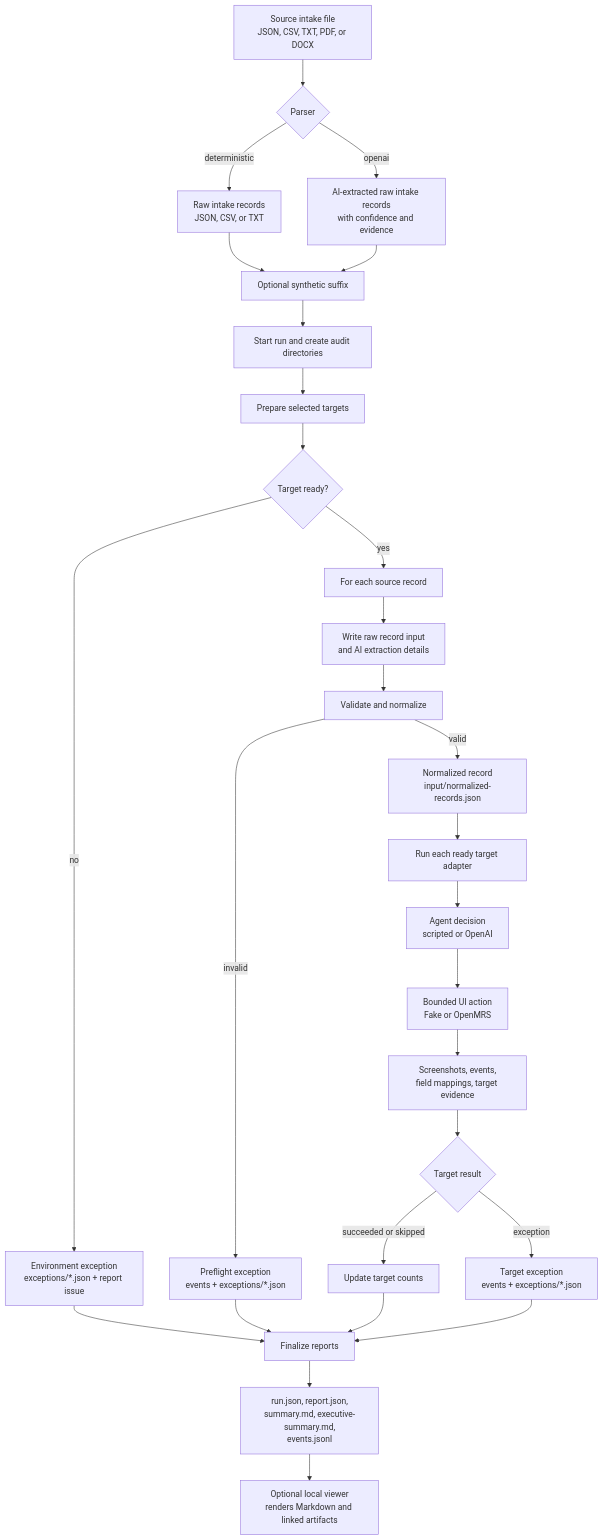
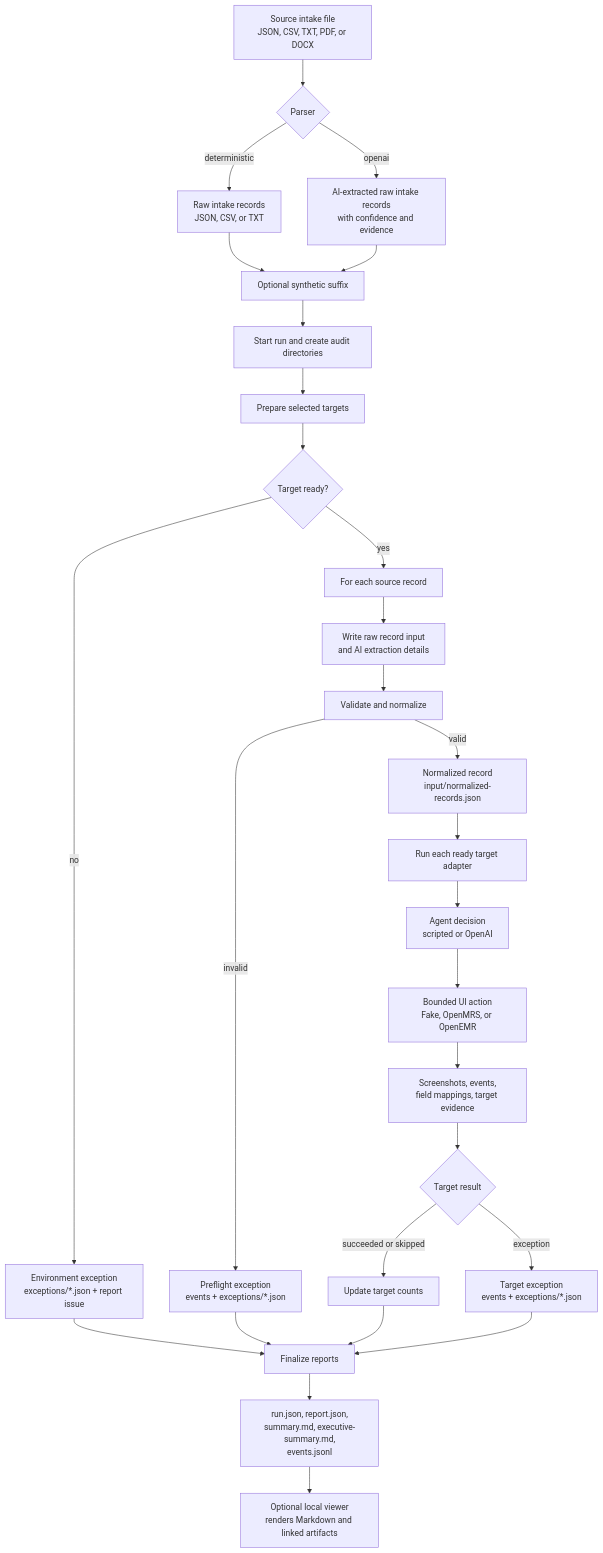
Before and after one commit to wm-pxel/agentic-ui-automation: the second of 2 diagrams in README.md, drawn with Mermaid. The commit also changed other lines of this file and 19 other files, not shown here.

Commit message:
Add OpenEMR target flexibility demo

````diff
--- a/README.md
+++ b/README.md
@@ -182,34 +188,34 @@
 ```mermaid
 flowchart TD
   Source["Source intake file<br/>JSON, CSV, TXT, PDF, or DOCX"] --> Parser{"Parser"}
   Parser -->|deterministic| RawRecords["Raw intake records<br/>JSON, CSV, or TXT"]
   Parser -->|openai| AiRecords["AI-extracted raw intake records<br/>with confidence and evidence"]
   RawRecords --> Suffix["Optional synthetic suffix"]
   AiRecords --> Suffix
   Suffix --> Start["Start run and create audit directories"]
 
   Start --> Prepare["Prepare selected targets"]
   Prepare --> Ready{"Target ready?"}
   Ready -->|no| EnvException["Environment exception<br/>exceptions/*.json + report issue"]
   Ready -->|yes| RecordLoop["For each source record"]
 
   RecordLoop --> CaptureInput["Write raw record input<br/>and AI extraction details"]
   CaptureInput --> Validate["Validate and normalize"]
   Validate -->|invalid| PreflightException["Preflight exception<br/>events + exceptions/*.json"]
   Validate -->|valid| Normalized["Normalized record<br/>input/normalized-records.json"]
 
   Normalized --> TargetLoop["Run each ready target adapter"]
   TargetLoop --> AgentDecision["Agent decision<br/>scripted or OpenAI"]
-  AgentDecision --> UiAction["Bounded UI action<br/>Fake or OpenMRS"]
+  AgentDecision --> UiAction["Bounded UI action<br/>Fake, OpenMRS, or OpenEMR"]
   UiAction --> Evidence["Screenshots, events,<br/>field mappings, target evidence"]
   Evidence --> TargetResult{"Target result"}
   TargetResult -->|succeeded or skipped| Counts["Update target counts"]
   TargetResult -->|exception| TargetException["Target exception<br/>events + exceptions/*.json"]
 
   EnvException --> Reports["Finalize reports"]
   PreflightException --> Reports
   Counts --> Reports
   TargetException --> Reports
   Reports --> AuditPackage["run.json, report.json,<br/>summary.md, executive-summary.md,<br/>events.jsonl"]
   AuditPackage --> Viewer["Optional local viewer<br/>renders Markdown and linked artifacts"]
 ```
````
